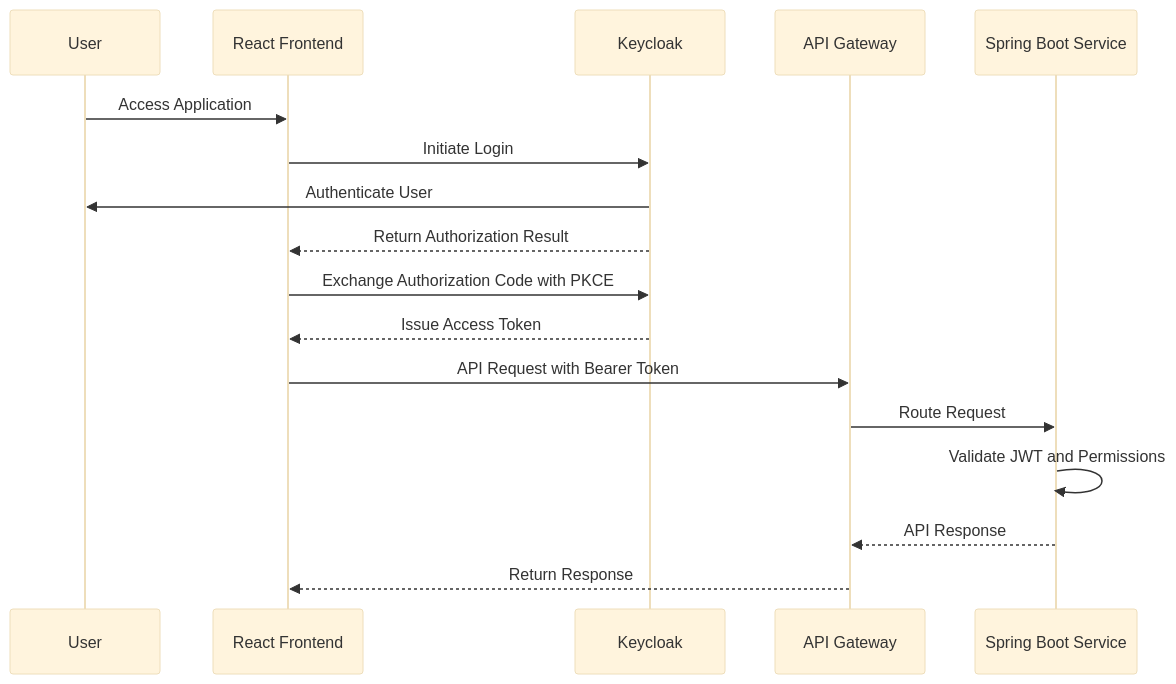
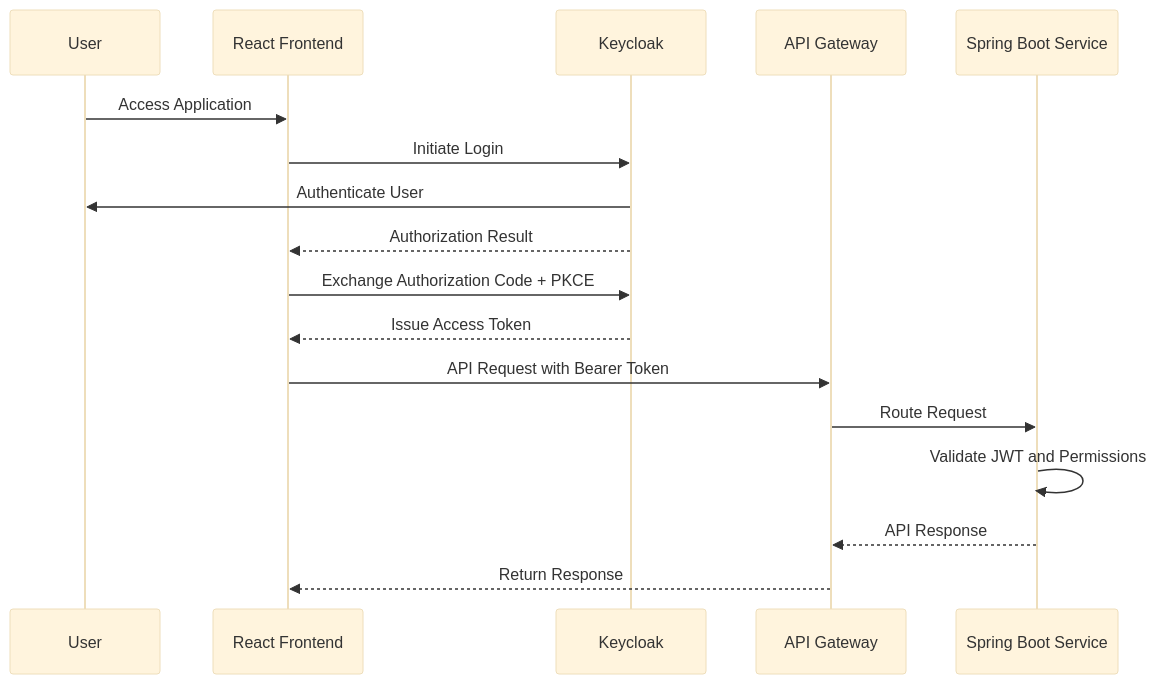
One commit to Rashmi-2005-Ranjan/FitVerse changed the second of 3 diagrams in README.md. Above: the diagram before and after it, drawn with Mermaid (base theme). The commit also changed other lines of this file, not shown here.

First line of the commit message:
Revise README for technology and architecture updates

````diff
--- a/README.md
+++ b/README.md
@@ -190,20 +156,20 @@
 ```mermaid
 sequenceDiagram
     participant U as User
     participant F as React Frontend
     participant K as Keycloak
     participant G as API Gateway
     participant S as Spring Boot Service
 
     U->>F: Access Application
     F->>K: Initiate Login
     K->>U: Authenticate User
-    K-->>F: Return Authorization Result
-    F->>K: Exchange Authorization Code with PKCE
+    K-->>F: Authorization Result
+    F->>K: Exchange Authorization Code + PKCE
     K-->>F: Issue Access Token
     F->>G: API Request with Bearer Token
     G->>S: Route Request
     S->>S: Validate JWT and Permissions
     S-->>G: API Response
     G-->>F: Return Response
 ```
````
